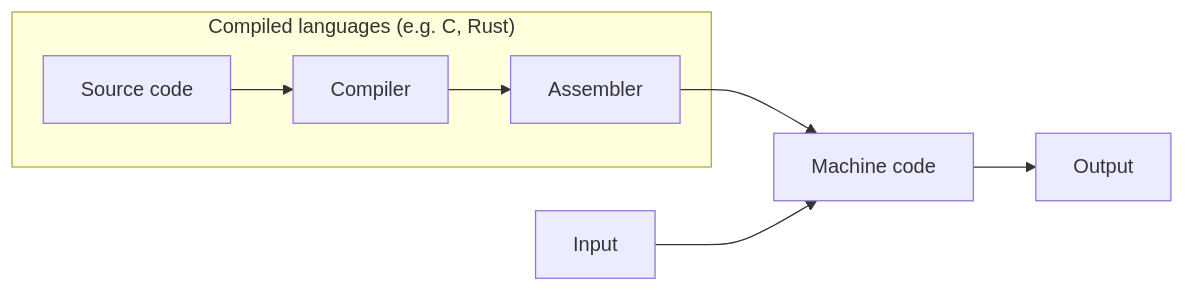
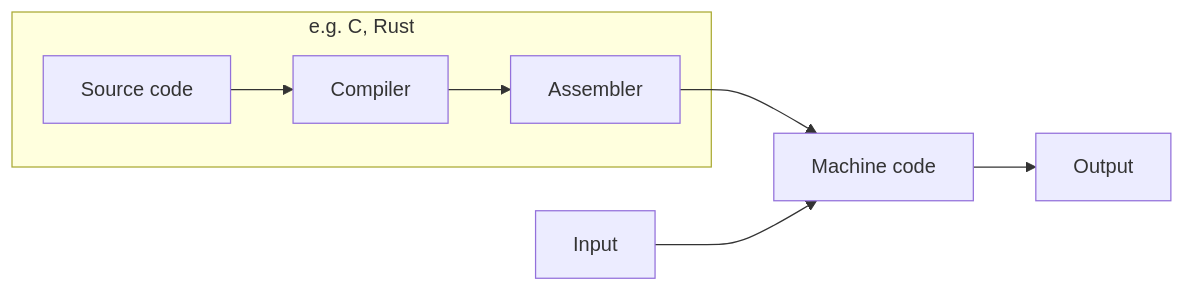
The first of 4 diagrams in _lectures/1.1-introduction.md (GAMR1520/GAMR1520), drawn with Mermaid before and after one commit. The commit also changed other lines of this file, not shown here.

Commit message:
tweak diagrams

```diff
--- a/_lectures/1.1-introduction.md
+++ b/_lectures/1.1-introduction.md
@@ -252,10 +252,10 @@
     <div class="mermaid">
     flowchart LR;
-        subgraph compiled ["Compiled languages (e.g. C, Rust)"]
+        subgraph compiled ["e.g. C, Rust"]
             source["Source code"]-->compiler[Compiler]
             compiler[Compiler]-->assembler["Assembler"]
         end
         assembler-->machinecode["Machine code"]
         input[Input]-->machinecode
         machinecode-->output[Output]
     </div>
```
